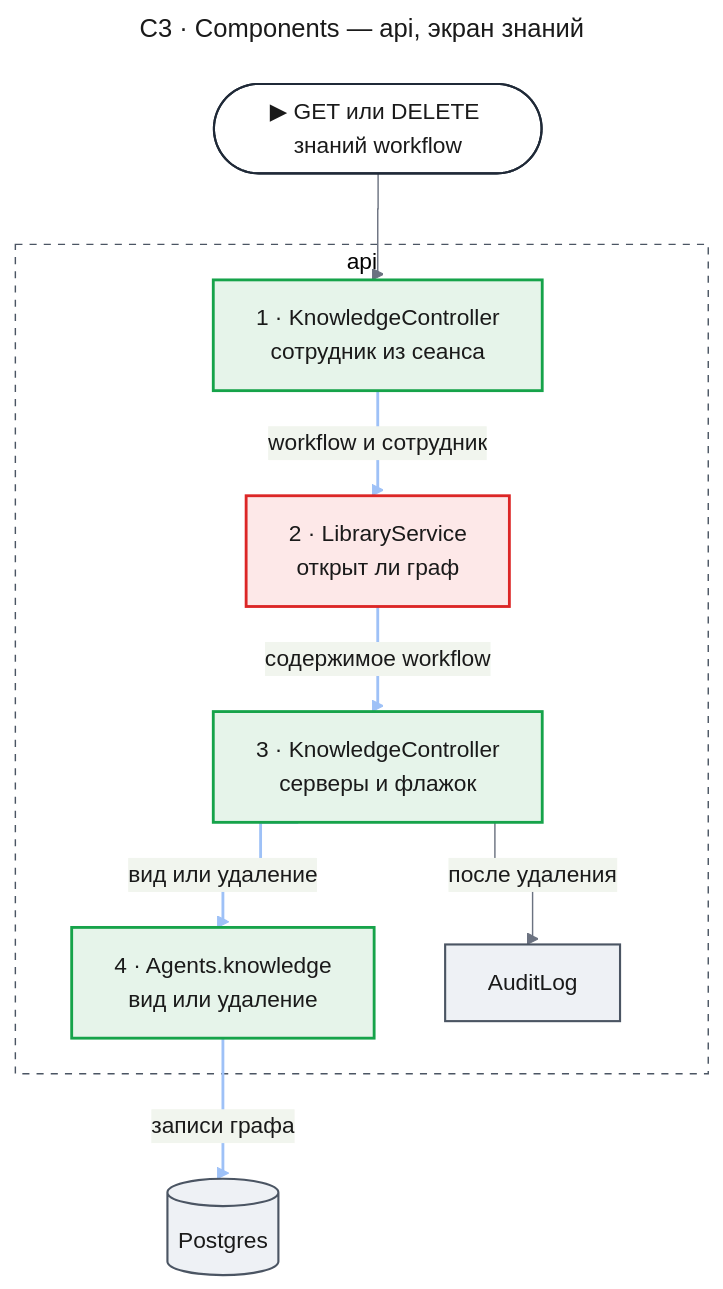
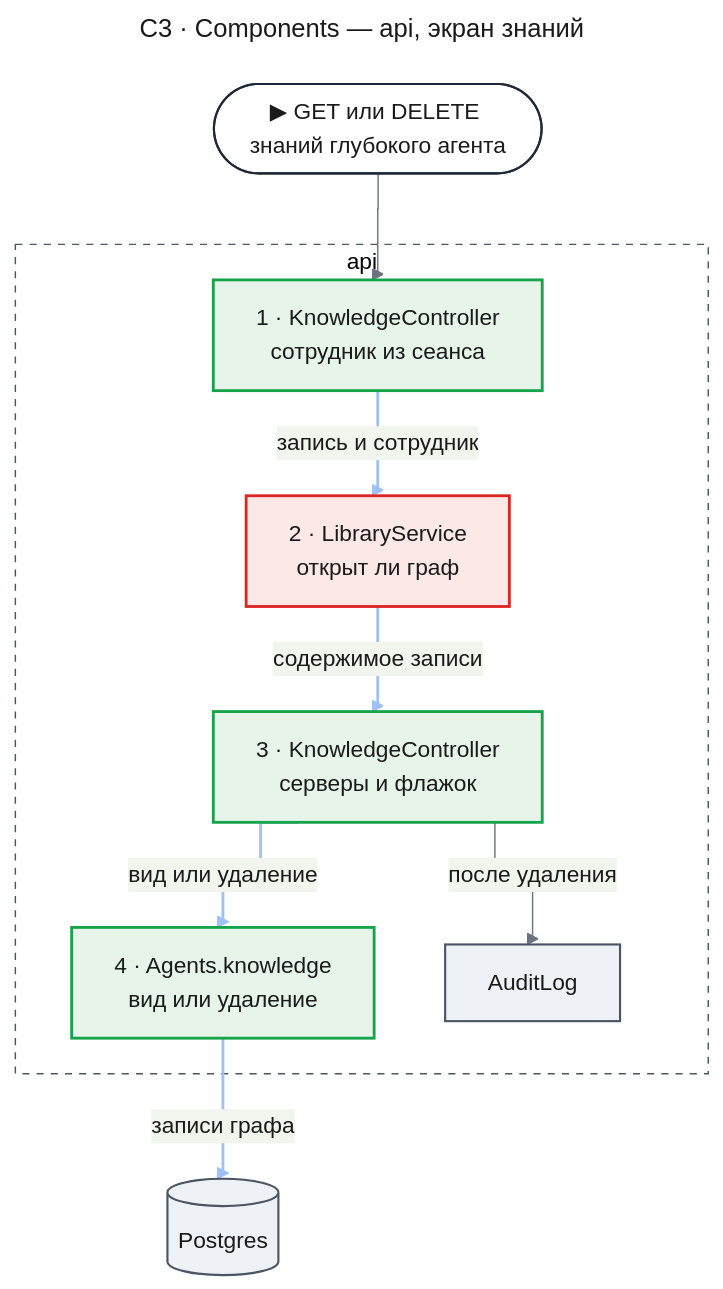
Before and after one commit to tundraray/agent-os: the fourth of 11 diagrams in docs/features/self-learning/design-core.md, drawn with Mermaid. The commit also changed other lines of this file and 13 other files, not shown here.

````diff
--- a/docs/features/self-learning/design-core.md
+++ b/docs/features/self-learning/design-core.md
@@ -434,51 +422,51 @@
 ```mermaid
 ---
 title: "C3 · Components — api, экран знаний"
 config:
   theme: base
   look: classic
   themeVariables:
     primaryColor: "#eef1f5"
     primaryBorderColor: "#4b5563"
     primaryTextColor: "#1a1a1a"
     lineColor: "#6b7280"
   flowchart:
     curve: step
   themeCSS: |
     @keyframes litr_c3sc{0%,22.5%{stroke:#1d4ed8;stroke-width:6px}25%,100%{stroke:#9ec1f7;stroke-width:2px}}
 ---
 flowchart TB
-    entry(["▶ GET или DELETE знаний workflow"])
+    entry(["▶ GET или DELETE знаний глубокого агента"])
     subgraph apibox["api"]
         ctl["1 · KnowledgeController<br/>сотрудник из сеанса"]
         lib["2 · LibraryService<br/>открыт ли граф"]
         ctlback["3 · KnowledgeController<br/>серверы и флажок"]
         know["4 · Agents.knowledge<br/>вид или удаление"]
         audit["AuditLog"]
     end
     pg[("Postgres")]
     entry --> ctl
-    ctl e1@-->|"workflow и сотрудник"| lib
-    lib e2@-->|"содержимое workflow"| ctlback
+    ctl e1@-->|"запись и сотрудник"| lib
+    lib e2@-->|"содержимое записи"| ctlback
     ctlback e3@-->|"вид или удаление"| know
     know e4@-->|"записи графа"| pg
     ctlback -->|"после удаления"| audit
     classDef entry fill:#ffffff,stroke:#1f2937,stroke-width:1.5px,color:#1a1a1a
     classDef changed fill:#fde8e8,stroke:#dc2626,stroke-width:2px,color:#1a1a1a
     classDef new fill:#e6f4ea,stroke:#16a34a,stroke-width:2px,color:#1a1a1a
     classDef unchanged fill:#eef1f5,stroke:#4b5563,stroke-width:1.5px,color:#1a1a1a
     classDef boundary fill:none,stroke:#4b5563,stroke-width:1px,stroke-dasharray:5 5
     classDef r1 stroke:#9ec1f7,stroke-width:2px,animation:litr_c3sc 4.8s linear 0s infinite
     classDef r2 stroke:#9ec1f7,stroke-width:2px,animation:litr_c3sc 4.8s linear 1.2s infinite
     classDef r3 stroke:#9ec1f7,stroke-width:2px,animation:litr_c3sc 4.8s linear 2.4s infinite
     classDef r4 stroke:#9ec1f7,stroke-width:2px,animation:litr_c3sc 4.8s linear 3.6s infinite
     class entry entry
     class ctl,ctlback,know new
     class lib changed
     class audit,pg unchanged
     class apibox boundary
     class e1 r1
     class e2 r2
     class e3 r3
     class e4 r4
 ```
````
